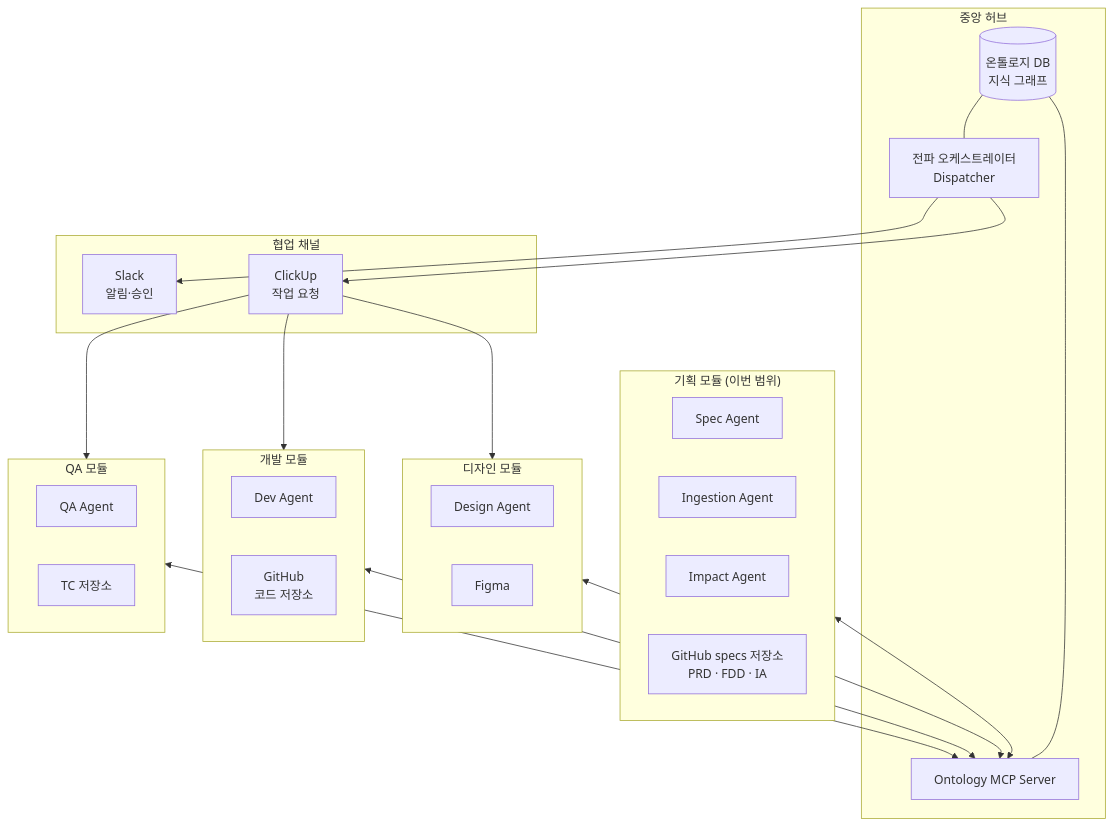
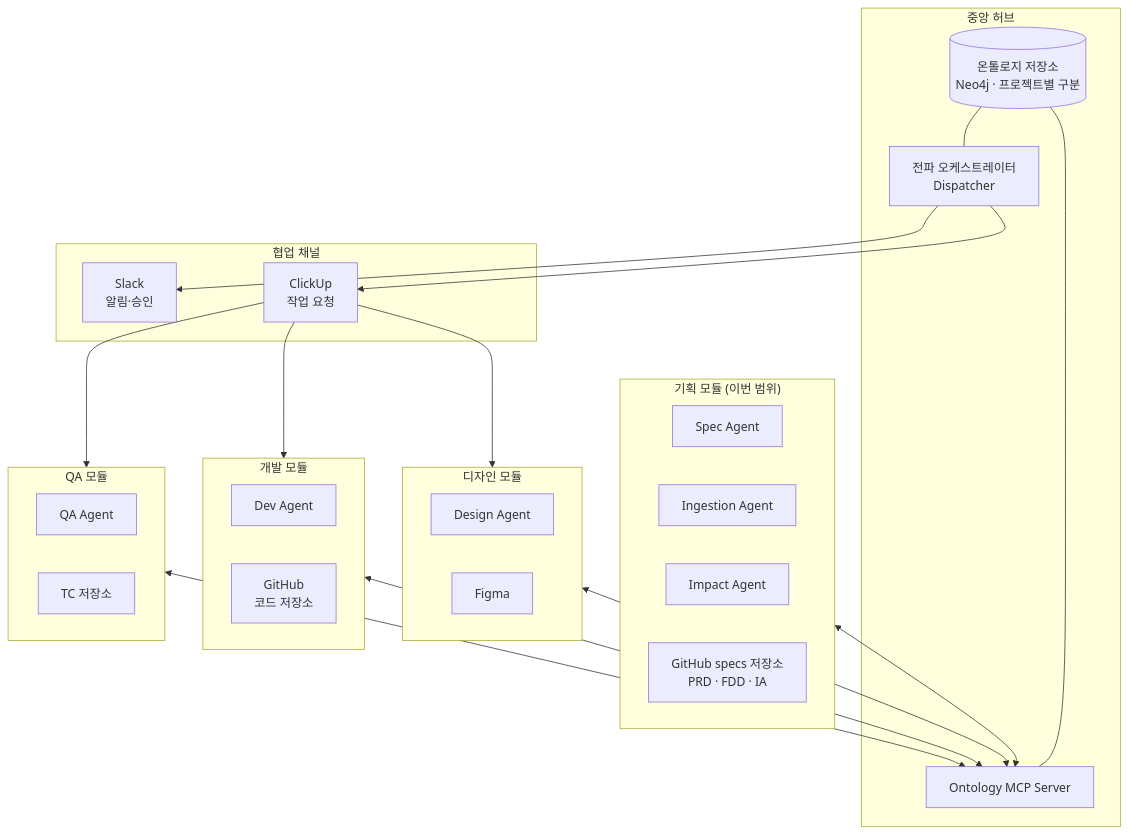
The second of 9 diagrams in PRD_ai-native-pipeline.md (Kinmann/ProductDesign), drawn with Mermaid before and after one commit. The commit also changed other lines of this file, not shown here.

First line of the commit message:
Settle ontology storage on a single Neo4j DB with multi-project support (v0.4)

````diff
--- a/PRD_ai-native-pipeline.md
+++ b/PRD_ai-native-pipeline.md
@@ -169,47 +173,47 @@
 ```mermaid
 flowchart TB
     subgraph CORE["중앙 허브"]
-        ONT[("온톨로지 DB<br/>지식 그래프")]
+        ONT[("온톨로지 저장소<br/>Neo4j · 프로젝트별 구분")]
         MCP["Ontology MCP Server"]
         ORC["전파 오케스트레이터<br/>Dispatcher"]
         ONT --- MCP
         ONT --- ORC
     end
 
     subgraph PLAN["기획 모듈 (이번 범위)"]
         SA["Spec Agent"]
         IG["Ingestion Agent"]
         IM["Impact Agent"]
         GHS["GitHub specs 저장소<br/>PRD · FDD · IA"]
     end
 
     subgraph DESIGN["디자인 모듈"]
         DA["Design Agent"]
         FG["Figma"]
     end
 
     subgraph DEV["개발 모듈"]
         DVA["Dev Agent"]
         GHC["GitHub<br/>코드 저장소"]
     end
 
     subgraph QAM["QA 모듈"]
         QA["QA Agent"]
         TCS["TC 저장소"]
     end
 
     subgraph COLLAB["협업 채널"]
         CU["ClickUp<br/>작업 요청"]
         SL["Slack<br/>알림·승인"]
     end
 
     PLAN <--> MCP
     DESIGN <--> MCP
     DEV <--> MCP
     QAM <--> MCP
     ORC --> CU
     ORC --> SL
     CU --> DESIGN
     CU --> DEV
     CU --> QAM
 ```
````
